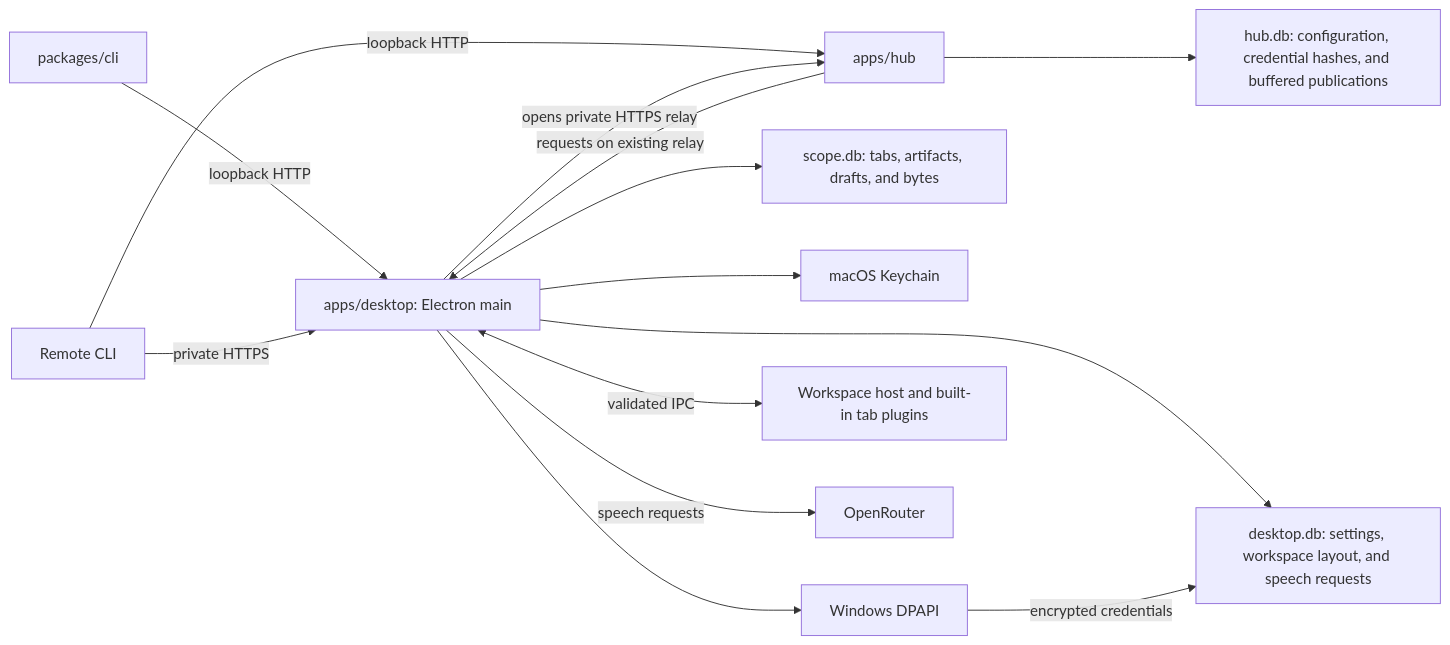
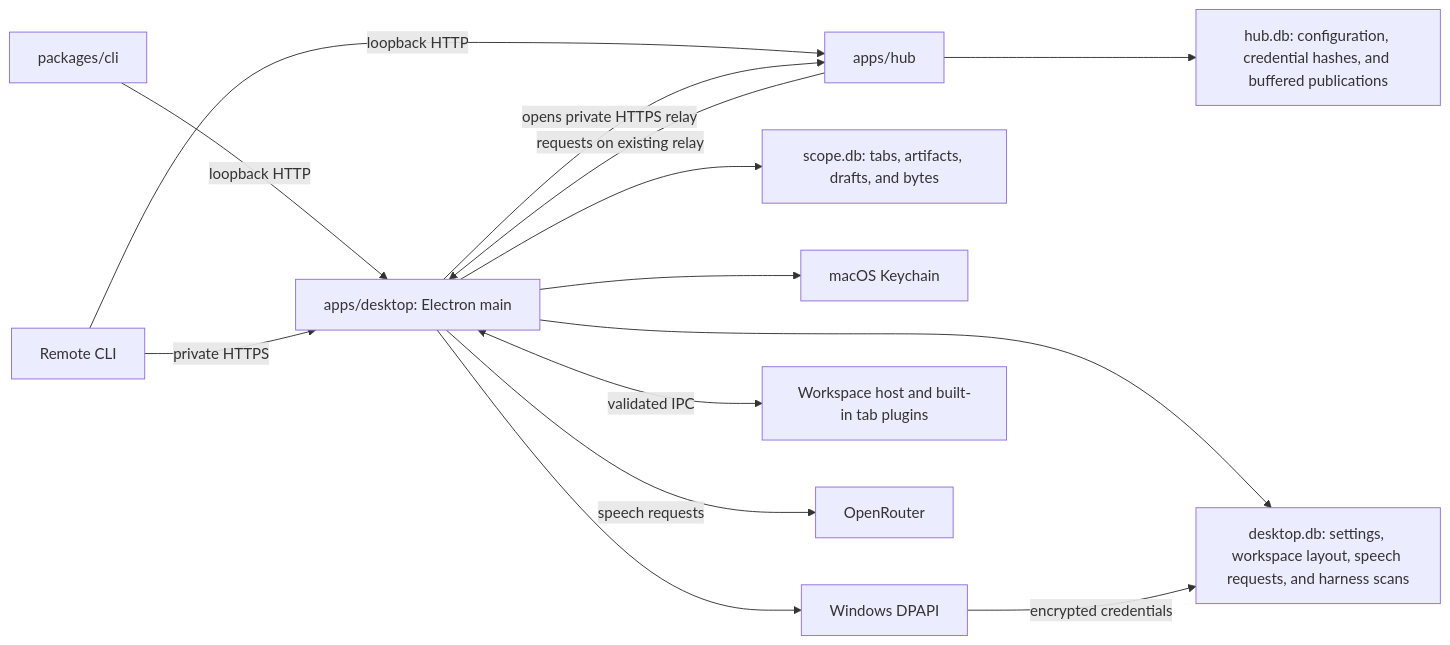
Before and after one commit to alundgren/irudd-scope: the first of 2 diagrams in docs/architecture.md, drawn with Mermaid. The commit also changed other lines of this file and 33 other files, not shown here.

````diff
--- a/docs/architecture.md
+++ b/docs/architecture.md
@@ -8,16 +8,16 @@
 ```mermaid
 flowchart LR
     CLI[packages/cli] -->|loopback HTTP| Desktop[apps/desktop: Electron main]
     Remote[Remote CLI] -->|private HTTPS| Desktop
     Remote -->|loopback HTTP| Hub[apps/hub]
     Desktop -->|opens private HTTPS relay| Hub
     Hub -->|requests on existing relay| Desktop
     Hub --> HubSettings[hub.db: configuration, credential hashes, and buffered publications]
     Desktop --> Artifacts[scope.db: tabs, artifacts, drafts, and bytes]
-    Desktop --> Preferences[desktop.db: settings, workspace layout, and speech requests]
+    Desktop --> Preferences[desktop.db: settings, workspace layout, speech requests, and harness scans]
     Desktop --> Keychain[macOS Keychain]
     Desktop --> DPAPI[Windows DPAPI]
     DPAPI -->|encrypted credentials| Preferences
     Desktop <-->|validated IPC| UI[Workspace host and built-in tab plugins]
     Desktop -->|speech requests| Provider[OpenRouter]
 ```
````
